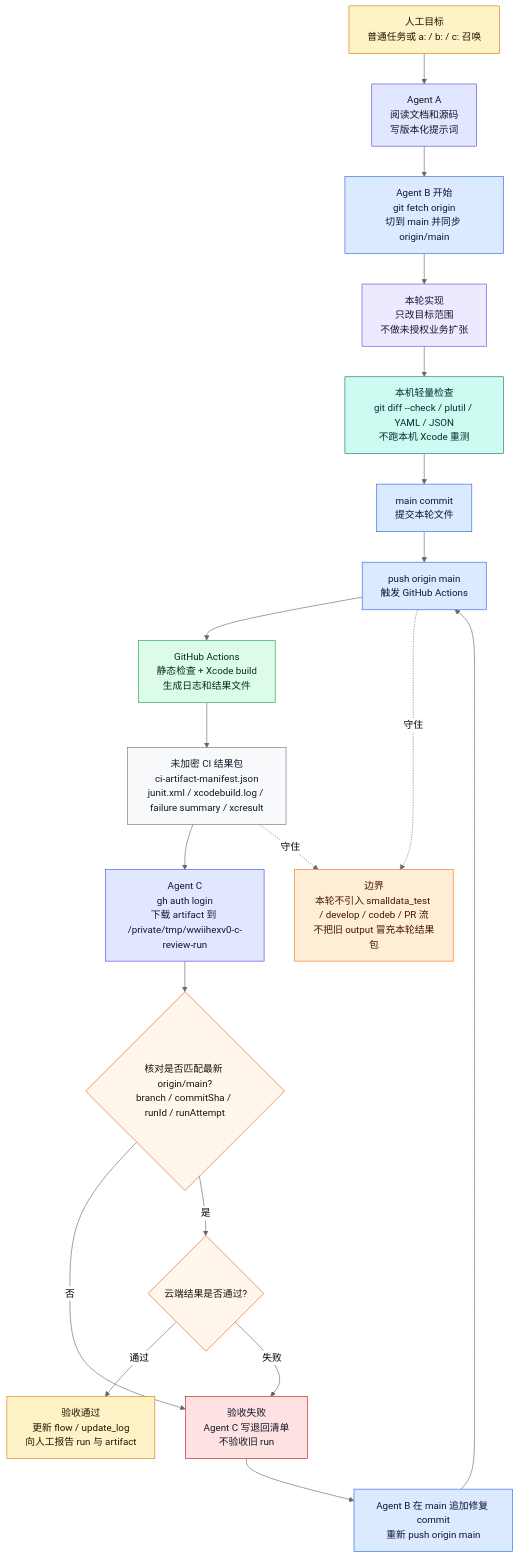
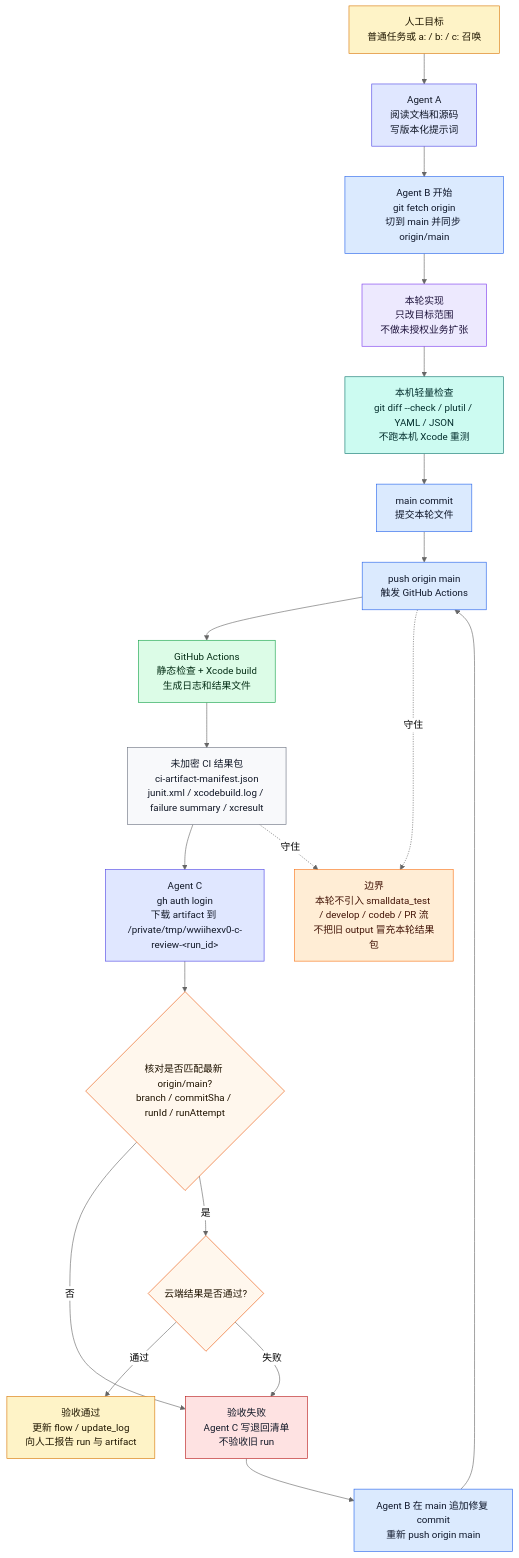
The fourth of 10 diagrams in md/flow/flowchart.md (Altman-sam114/124), drawn with Mermaid (neutral theme) before and after one commit. The commit also changed other lines of this file and 20 other files, not shown here.

````diff
--- a/md/flow/flowchart.md
+++ b/md/flow/flowchart.md
@@ -381,40 +391,40 @@
 ```mermaid
 flowchart TD
     USER["人工目标<br/>普通任务或 a: / b: / c: 召唤"]:::input
     A["Agent A<br/>阅读文档和源码<br/>写版本化提示词"]:::agent
     BSTART["Agent B 开始<br/>git fetch origin<br/>切到 main 并同步 origin/main"]:::git
     WORK["本轮实现<br/>只改目标范围<br/>不做未授权业务扩张"]:::work
     LIGHT["本机轻量检查<br/>git diff --check / plutil / YAML / JSON<br/>不跑本机 Xcode 重测"]:::check
     COMMIT["main commit<br/>提交本轮文件"]:::git
     PUSH["push origin main<br/>触发 GitHub Actions"]:::git
     GHA["GitHub Actions<br/>静态检查 + Xcode build<br/>生成日志和结果文件"]:::cloud
     ART["未加密 CI 结果包<br/>ci-artifact-manifest.json<br/>junit.xml / xcodebuild.log / failure summary / xcresult"]:::artifact
-    C["Agent C<br/>gh auth login<br/>下载 artifact 到 /private/tmp/wwiihexv0-c-review-run"]:::agent
+    C["Agent C<br/>gh auth login<br/>下载 artifact 到 /private/tmp/wwiihexv0-c-review-&lt;run_id&gt;"]:::agent
     VERIFY{"核对是否匹配最新 origin/main?<br/>branch / commitSha / runId / runAttempt"}:::decision
     PASS{"云端结果是否通过?"}:::decision
     DOC["验收通过<br/>更新 flow / update_log<br/>向人工报告 run 与 artifact"]:::doc
     RETURN["验收失败<br/>Agent C 写退回清单<br/>不验收旧 run"]:::fail
     FIX["Agent B 在 main 追加修复 commit<br/>重新 push origin main"]:::git
 
     USER --> A --> BSTART --> WORK --> LIGHT --> COMMIT --> PUSH --> GHA --> ART --> C --> VERIFY
     VERIFY -->|否| RETURN --> FIX --> PUSH
     VERIFY -->|是| PASS
     PASS -->|通过| DOC
     PASS -->|失败| RETURN
 
     WARN["边界<br/>本轮不引入 smalldata_test / develop / codeb / PR 流<br/>不把旧 output 冒充本轮结果包"]:::warn
     PUSH -.守住.-> WARN
     ART -.守住.-> WARN
 
     classDef input fill:#fef3c7,stroke:#d97706,color:#1f1600
     classDef agent fill:#e0e7ff,stroke:#4f46e5,color:#111827
     classDef git fill:#dbeafe,stroke:#2563eb,color:#0f172a
     classDef work fill:#ede9fe,stroke:#7c3aed,color:#1f143d
     classDef check fill:#ccfbf1,stroke:#0f766e,color:#042f2e
     classDef cloud fill:#dcfce7,stroke:#16a34a,color:#052e16
     classDef artifact fill:#f8f9fb,stroke:#6b7280,color:#111827
     classDef decision fill:#fff7ed,stroke:#ea580c,color:#1f1300
     classDef doc fill:#fef3c7,stroke:#d97706,color:#1f1600
     classDef fail fill:#fee2e2,stroke:#b91c1c,color:#111827
     classDef warn fill:#ffedd5,stroke:#f97316,color:#431407
 ```
````
